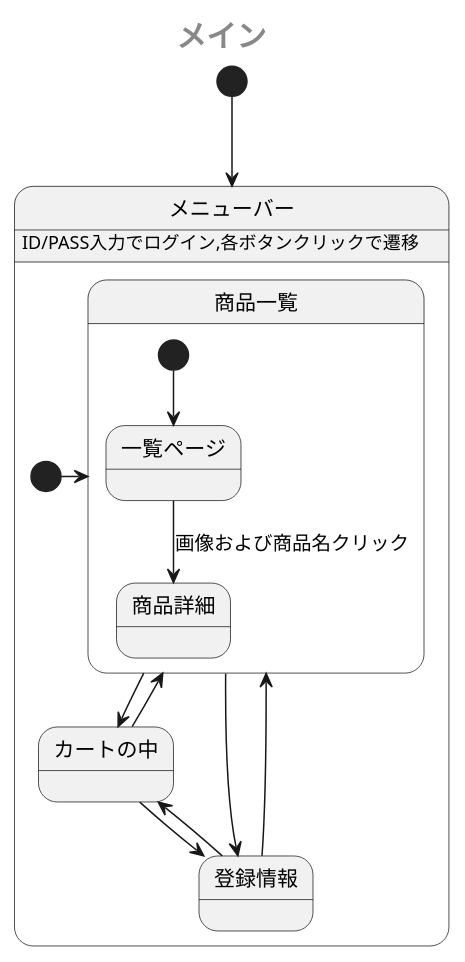
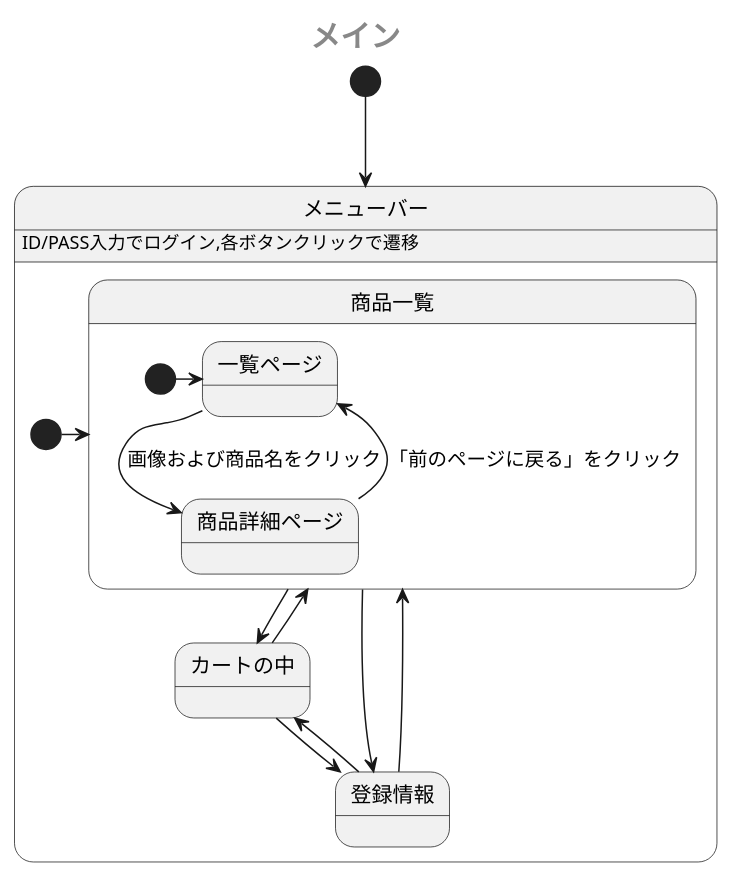
One commit to Aso2001385/2021sys-design changed the first of 2 diagrams in sample/StateMachine.md. Above: the diagram before and after it, drawn with PlantUML.

````diff
--- a/sample/StateMachine.md
+++ b/sample/StateMachine.md
@@ -1,25 +1,27 @@
 ```uml
 @startuml
  center header <size:20><b>メイン</b></size>
  [*] --> メニューバー
  state メニューバー {
    メニューバー: ID/PASS入力でログイン,各ボタンクリックで遷移
    [*] -> 商品一覧
    state 商品一覧 {
-    [*] --> 一覧ページ
-    一覧ページ --> 商品詳細: 画像および商品名クリック
+    [*] -> 一覧ページ
+    一覧ページ -> 商品詳細ページ: 画像および商品名をクリック
+    商品詳細ページ --> 一覧ページ: 「前のページに戻る」をクリック
+    
    }
    商品一覧 -down-> カートの中
    カートの中 -up-> 商品一覧
    カートの中 -down-> 登録情報
    登録情報 -up-> カートの中
    商品一覧 -right-> 登録情報
    商品一覧 -[hidden]> 登録情報
    登録情報 -left-> 商品一覧
    登録情報 -[hidden]> 商品一覧
    
 
  }
  
 @enduml
 ```
````
